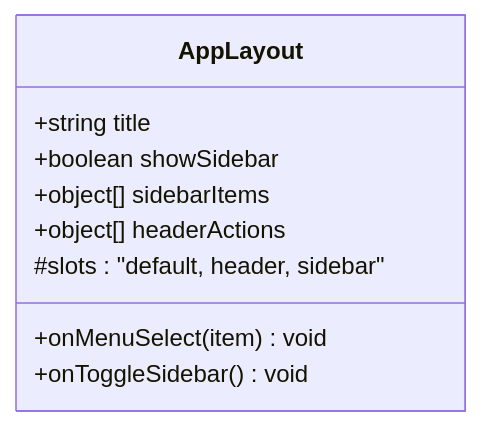
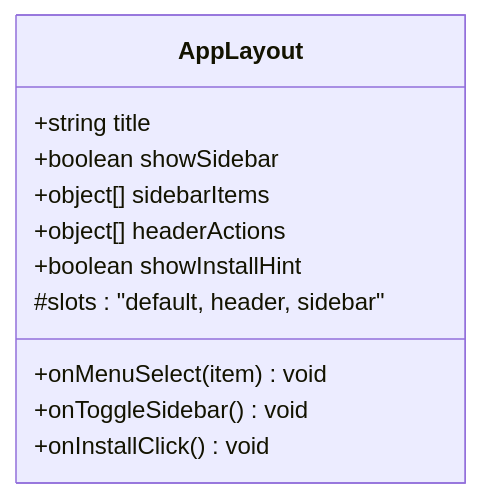
The third of 8 diagrams in .qoder/repowiki/zh/content/前端开发/组件系统/组件系统.md (xufuyu/Lumen), drawn with Mermaid before and after one commit. The commit also changed other lines of this file and 43 other files, not shown here.

````diff
--- a/.qoder/repowiki/zh/content/前端开发/组件系统/组件系统.md
+++ b/.qoder/repowiki/zh/content/前端开发/组件系统/组件系统.md
@@ -164,12 +182,14 @@
 ```mermaid
 classDiagram
 class AppLayout {
 +string title
 +boolean showSidebar
 +object[] sidebarItems
 +object[] headerActions
++boolean showInstallHint
 +onMenuSelect(item) void
 +onToggleSidebar() void
++onInstallClick() void
 #slots : "default, header, sidebar"
 }
 ```
````
